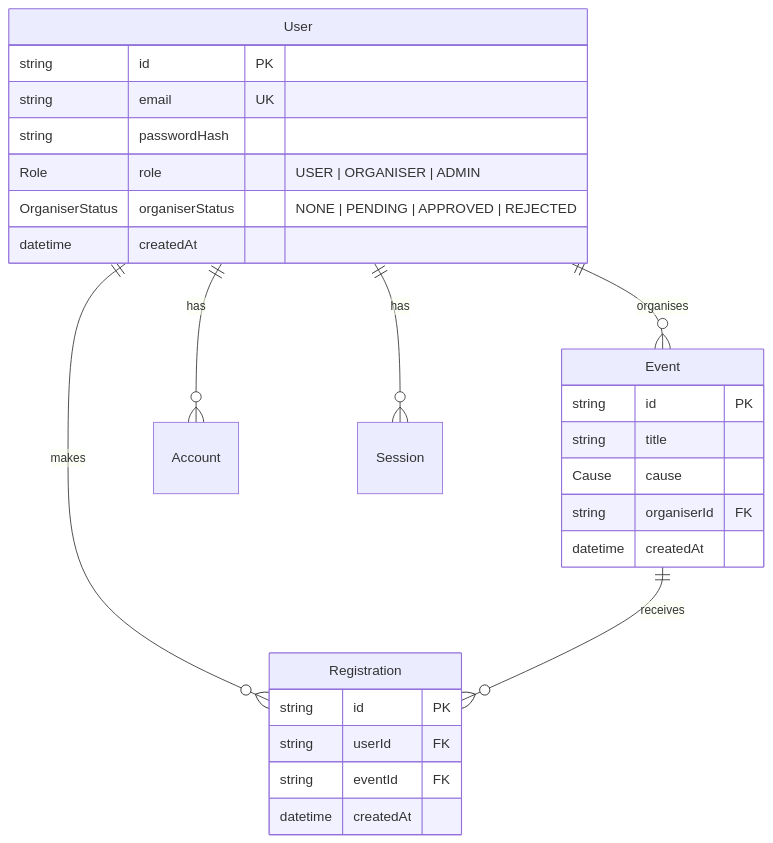
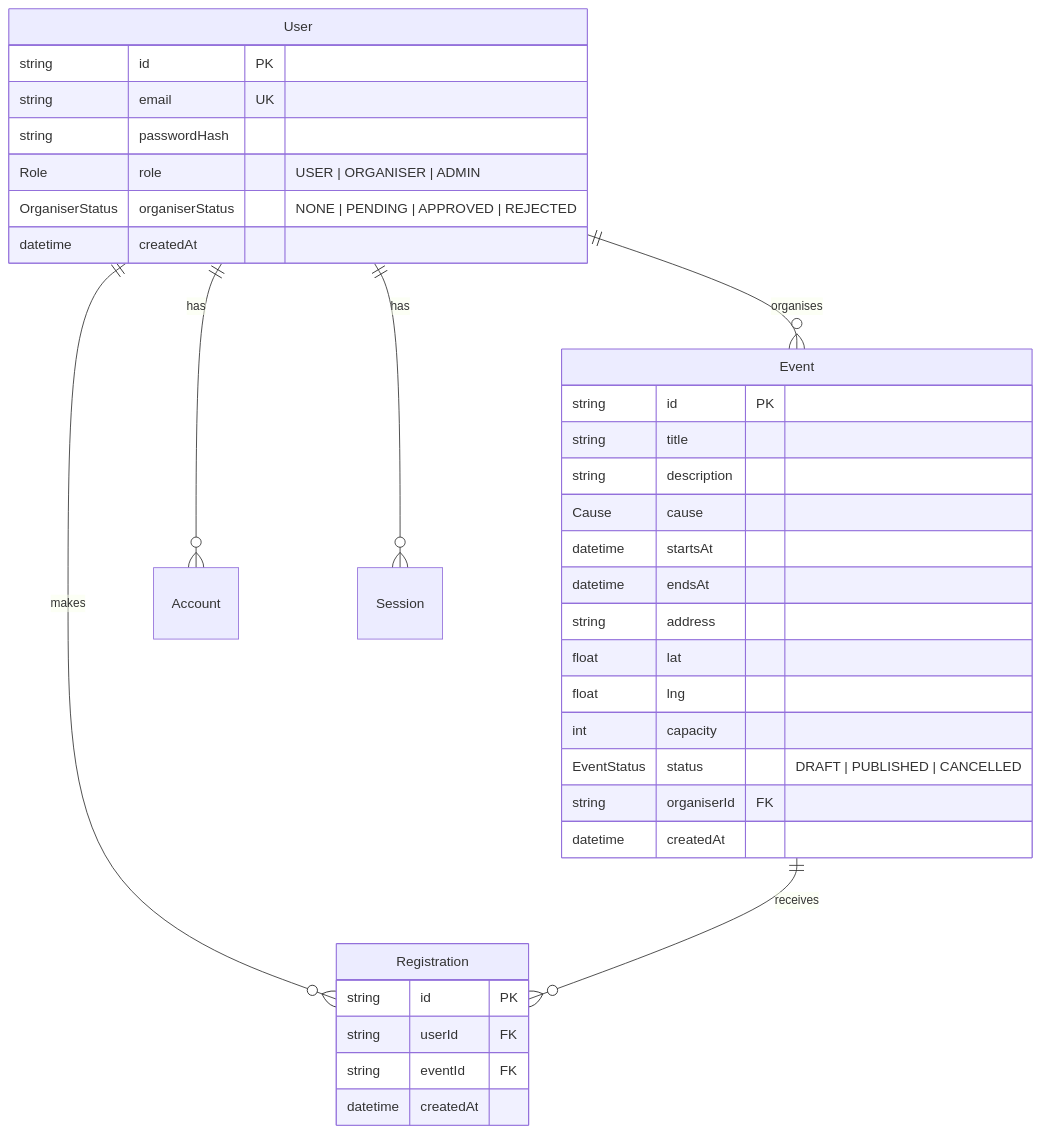
Before and after one commit to Saransh-Jainbu/goodloop: the seventh of 7 diagrams in docs/PROJECT_REPORT.md, drawn with Mermaid. The commit also changed other lines of this file, not shown here.

Commit message:
Report: reflect merged Event model and organiser area

````diff
--- a/docs/PROJECT_REPORT.md
+++ b/docs/PROJECT_REPORT.md
@@ -184,30 +184,38 @@
 ```mermaid
 erDiagram
     User ||--o{ Event : organises
     User ||--o{ Registration : makes
     Event ||--o{ Registration : receives
     User ||--o{ Account : has
     User ||--o{ Session : has
 
     User {
         string id PK
         string email UK
         string passwordHash
         Role role "USER | ORGANISER | ADMIN"
         OrganiserStatus organiserStatus "NONE | PENDING | APPROVED | REJECTED"
         datetime createdAt
     }
     Event {
         string id PK
         string title
+        string description
         Cause cause
+        datetime startsAt
+        datetime endsAt
+        string address
+        float lat
+        float lng
+        int capacity
+        EventStatus status "DRAFT | PUBLISHED | CANCELLED"
         string organiserId FK
         datetime createdAt
     }
     Registration {
         string id PK
         string userId FK
         string eventId FK
         datetime createdAt
     }
 ```
````
